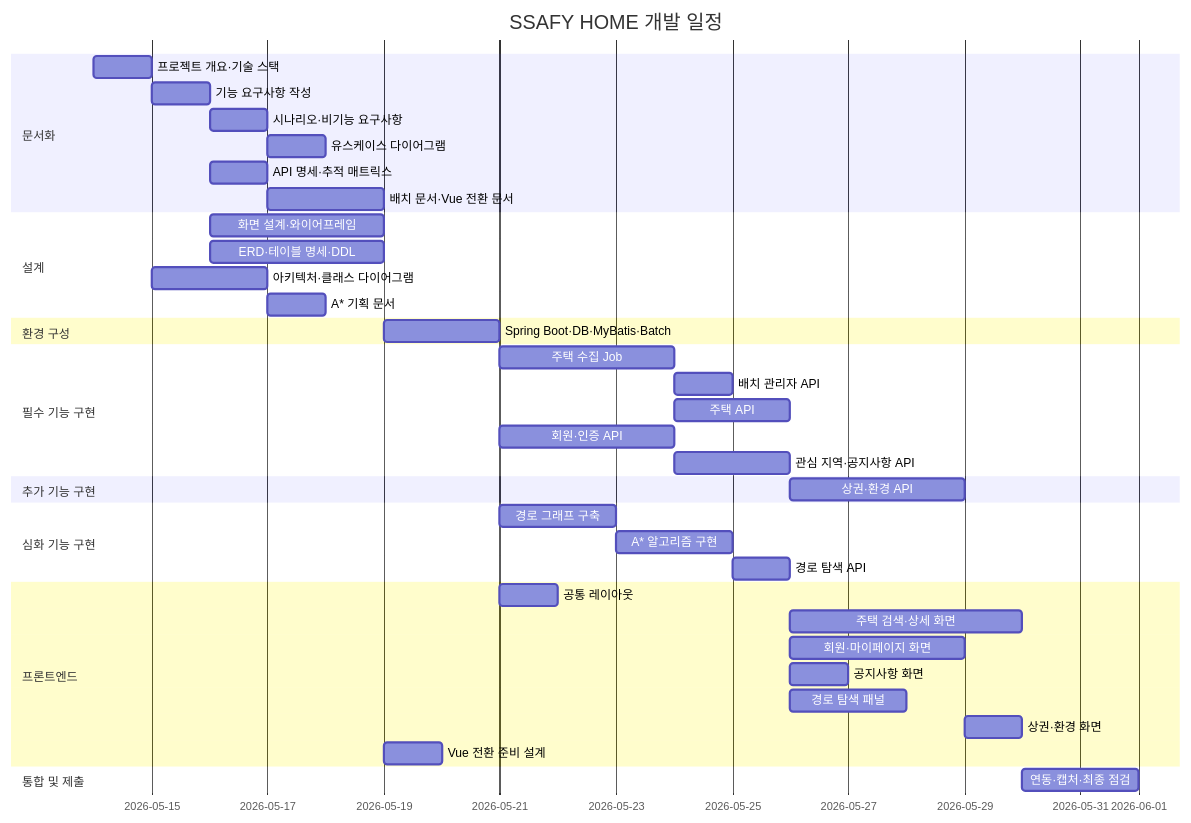
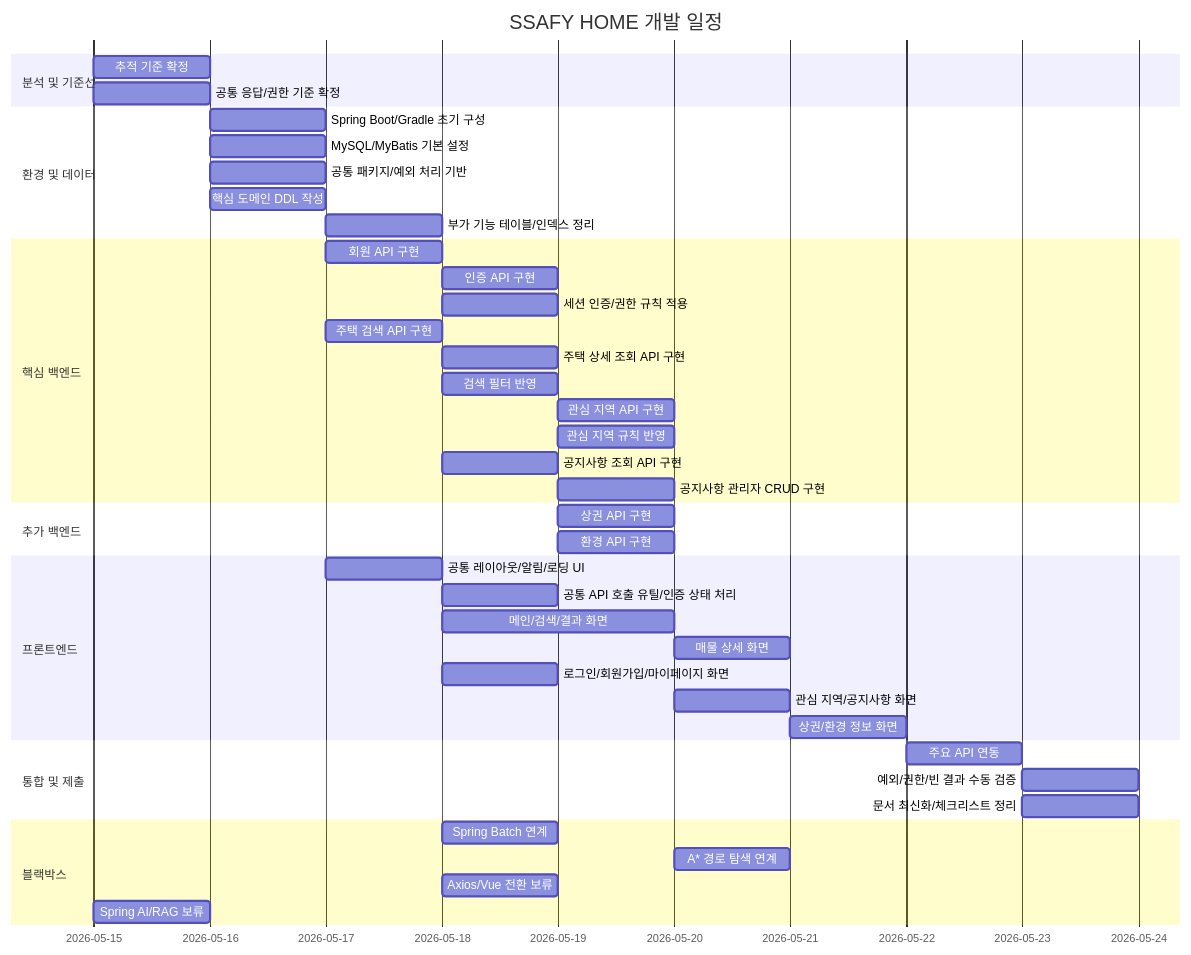
The diagram in docs/08_schedule/gantt-chart.md (farewell-old-creaky-home-always-with-me/ssafy-pjt), drawn with Mermaid before and after one commit. The commit also changed other lines of this file and 2 other files, not shown here.

Commit message:
chore: 다이어그램 및 차트 생성

````diff
--- a/docs/08_schedule/gantt-chart.md
+++ b/docs/08_schedule/gantt-chart.md
@@ -75,48 +53,52 @@
 ```mermaid
 gantt
     title SSAFY HOME 개발 일정
     dateFormat  YYYY-MM-DD
-    section 문서화
-    프로젝트 개요·기술 스택      :doc1, 2026-05-14, 1d
-    기능 요구사항 작성           :doc2, after doc1, 1d
-    시나리오·비기능 요구사항      :doc3, after doc2, 1d
-    유스케이스 다이어그램         :doc4, after doc3, 1d
-    API 명세·추적 매트릭스       :doc5, after doc2, 1d
-    배치 문서·Vue 전환 문서      :doc6, after doc5, 2d
 
-    section 설계
-    화면 설계·와이어프레임       :des1, after doc2, 3d
-    ERD·테이블 명세·DDL         :des2, after doc2, 3d
-    아키텍처·클래스 다이어그램     :des3, after doc1, 2d
-    A* 기획 문서                 :des4, after des3, 1d
+    section 분석 및 기준선
+    추적 기준 확정                  :a1, 2026-05-15, 1d
+    공통 응답/권한 기준 확정         :a2, 2026-05-15, 1d
 
-    section 환경 구성
-    Spring Boot·DB·MyBatis·Batch :env1, after des2, 2d
+    section 환경 및 데이터
+    Spring Boot/Gradle 초기 구성     :b1, 2026-05-16, 1d
+    MySQL/MyBatis 기본 설정          :b2, 2026-05-16, 1d
+    공통 패키지/예외 처리 기반       :b3, 2026-05-16, 1d
+    핵심 도메인 DDL 작성             :b4, 2026-05-16, 1d
+    부가 기능 테이블/인덱스 정리      :b5, 2026-05-17, 1d
 
-    section 필수 기능 구현
-    주택 수집 Job               :impl1, after env1, 3d
-    배치 관리자 API             :impl2, after impl1, 1d
-    주택 API                    :impl3, after impl1, 2d
-    회원·인증 API               :impl4, after env1, 3d
-    관심 지역·공지사항 API       :impl5, after impl4, 2d
+    section 핵심 백엔드
+    회원 API 구현                   :c1, 2026-05-17, 1d
+    인증 API 구현                   :c2, 2026-05-18, 1d
+    세션 인증/권한 규칙 적용         :c3, 2026-05-18, 1d
+    주택 검색 API 구현              :c4, 2026-05-17, 1d
+    주택 상세 조회 API 구현          :c5, 2026-05-18, 1d
+    검색 필터 반영                  :c6, 2026-05-18, 1d
+    관심 지역 API 구현              :c7, 2026-05-19, 1d
+    관심 지역 규칙 반영             :c8, 2026-05-19, 1d
+    공지사항 조회 API 구현          :c9, 2026-05-18, 1d
+    공지사항 관리자 CRUD 구현        :c10, 2026-05-19, 1d
 
-    section 추가 기능 구현
-    상권·환경 API               :impl6, after impl3, 3d
-
-    section 심화 기능 구현
-    경로 그래프 구축             :impl7, after env1, 2d
-    A* 알고리즘 구현             :impl8, after impl7, 2d
-    경로 탐색 API               :impl9, after impl8, 1d
+    section 추가 백엔드
+    상권 API 구현                   :d1, 2026-05-19, 1d
+    환경 API 구현                   :d2, 2026-05-19, 1d
 
     section 프론트엔드
-    공통 레이아웃               :fe1, after env1, 1d
-    주택 검색·상세 화면         :fe2, after impl3, 4d
-    회원·마이페이지 화면        :fe3, after impl5, 3d
-    공지사항 화면               :fe4, after impl5, 1d
-    경로 탐색 패널              :fe5, after impl9, 2d
-    상권·환경 화면              :fe6, after impl6, 1d
-    Vue 전환 준비 설계          :fe7, after doc6, 1d
+    공통 레이아웃/알림/로딩 UI       :e1, 2026-05-17, 1d
+    공통 API 호출 유틸/인증 상태 처리 :e2, 2026-05-18, 1d
+    메인/검색/결과 화면             :e3, 2026-05-18, 2d
+    매물 상세 화면                  :e4, 2026-05-20, 1d
+    로그인/회원가입/마이페이지 화면  :e5, 2026-05-18, 1d
+    관심 지역/공지사항 화면         :e6, 2026-05-20, 1d
+    상권/환경 정보 화면             :e7, 2026-05-21, 1d
 
     section 통합 및 제출
-    연동·캡처·최종 점검         :fin1, after fe6, 2d
+    주요 API 연동                   :f1, 2026-05-22, 1d
+    예외/권한/빈 결과 수동 검증      :f2, 2026-05-23, 1d
+    문서 최신화/체크리스트 정리       :f3, 2026-05-23, 1d
+
+    section 블랙박스
+    Spring Batch 연계               :g1, 2026-05-18, 1d
+    A* 경로 탐색 연계               :g2, 2026-05-20, 1d
+    Axios/Vue 전환 보류             :g3, 2026-05-18, 1d
+    Spring AI/RAG 보류              :g4, 2026-05-15, 1d
 ```
````
